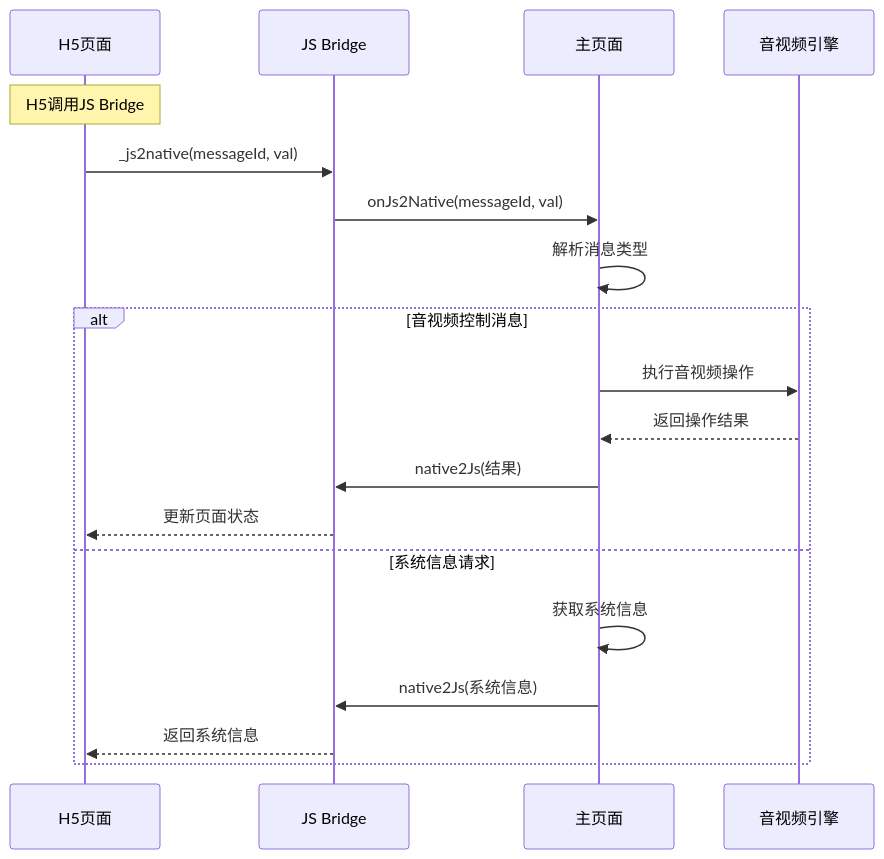
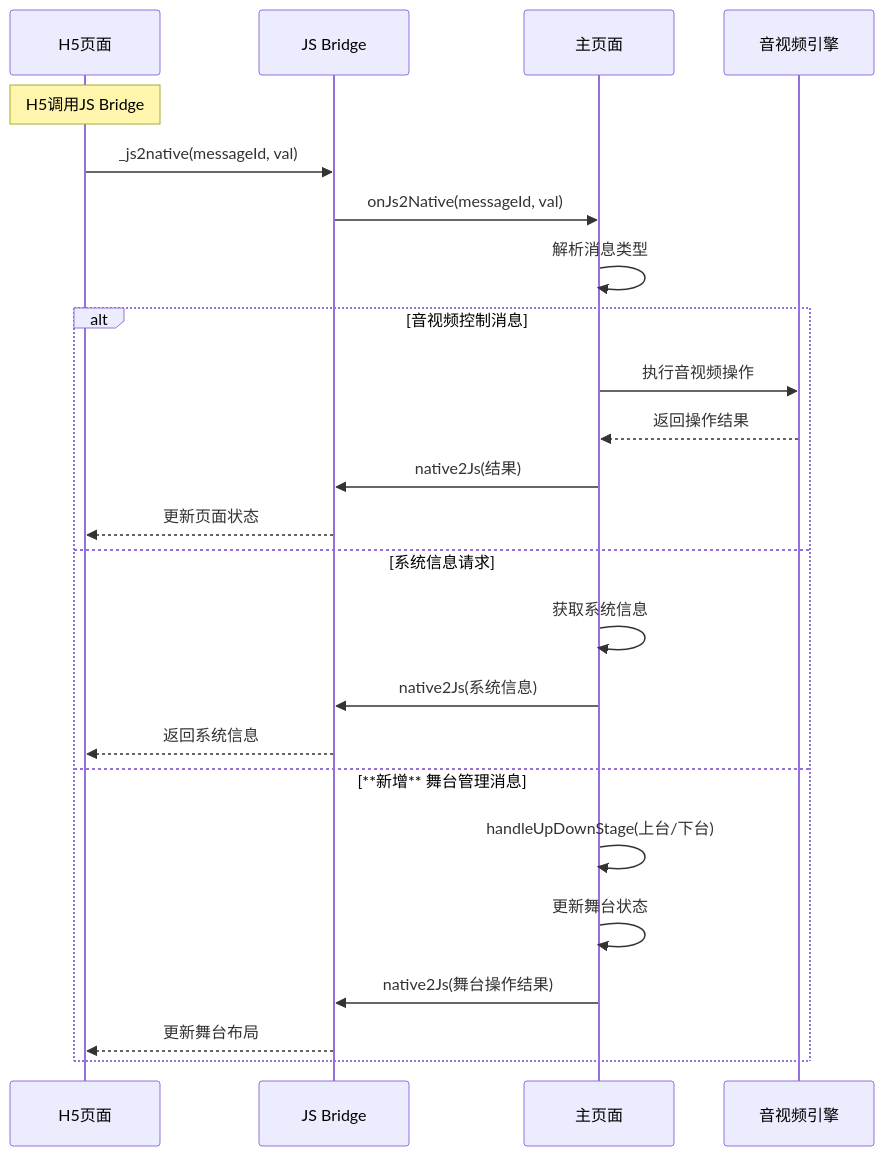
The sixth of 8 diagrams in .qoder/repowiki/zh/content/主要功能模块/主要功能模块.md (huz1xuan/harmony_XDY), drawn with Mermaid before and after one commit. The commit also changed other lines of this file and 15 other files, not shown here.

````diff
--- a/.qoder/repowiki/zh/content/主要功能模块/主要功能模块.md
+++ b/.qoder/repowiki/zh/content/主要功能模块/主要功能模块.md
@@ -304,21 +408,26 @@
 ```mermaid
 sequenceDiagram
 participant H5 as H5页面
 participant Bridge as JS Bridge
 participant Page as 主页面
 participant Engine as 音视频引擎
 Note over H5 : H5调用JS Bridge
 H5->>Bridge : _js2native(messageId, val)
 Bridge->>Page : onJs2Native(messageId, val)
 Page->>Page : 解析消息类型
 alt 音视频控制消息
 Page->>Engine : 执行音视频操作
 Engine-->>Page : 返回操作结果
 Page->>Bridge : native2Js(结果)
 Bridge-->>H5 : 更新页面状态
 else 系统信息请求
 Page->>Page : 获取系统信息
 Page->>Bridge : native2Js(系统信息)
 Bridge-->>H5 : 返回系统信息
+else **新增** 舞台管理消息
+Page->>Page : handleUpDownStage(上台/下台)
+Page->>Page : 更新舞台状态
+Page->>Bridge : native2Js(舞台操作结果)
+Bridge-->>H5 : 更新舞台布局
 end
 ```
````
